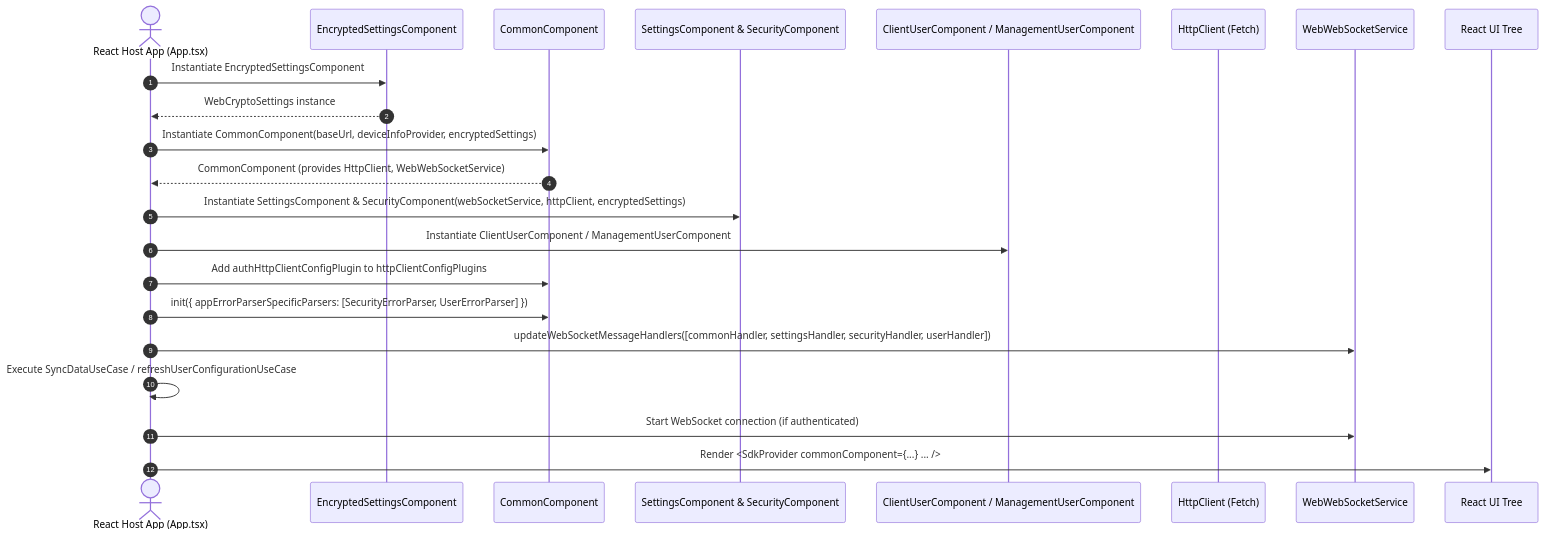
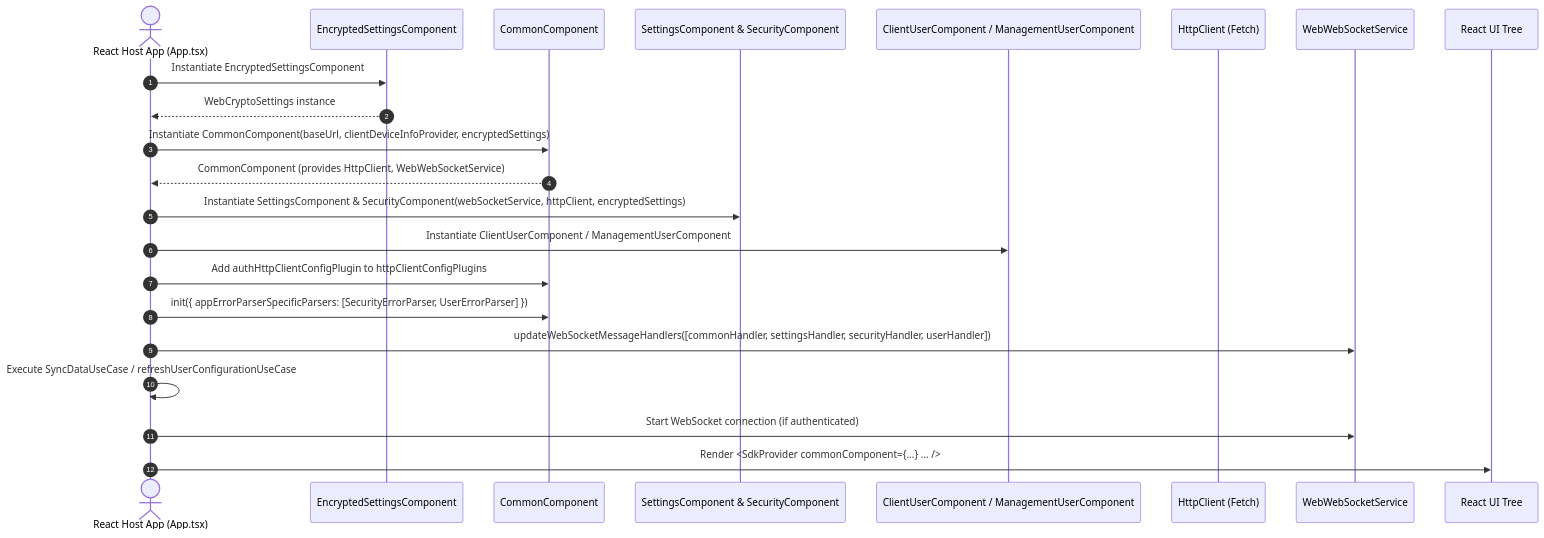
Before and after one commit to mudrichenkoevgeny/web-platform-sdk: the diagram in docs/architecture/flows/sdk_bootstrap.md, drawn with Mermaid. The commit also changed other lines of this file and 224 other files, not shown here.

````diff
--- a/docs/architecture/flows/sdk_bootstrap.md
+++ b/docs/architecture/flows/sdk_bootstrap.md
@@ -15,29 +15,29 @@
 ```mermaid
 sequenceDiagram
     autonumber
     actor Host as React Host App (App.tsx)
     participant EncStorage as EncryptedSettingsComponent
     participant CommonComp as CommonComponent
     participant CoreFeatures as SettingsComponent & SecurityComponent
     participant UserFeature as ClientUserComponent / ManagementUserComponent
     participant HTTP as HttpClient (Fetch)
     participant WS as WebWebSocketService
     participant UI as React UI Tree
 
     Host->>EncStorage: Instantiate EncryptedSettingsComponent
     EncStorage-->>Host: WebCryptoSettings instance
-    Host->>CommonComp: Instantiate CommonComponent(baseUrl, deviceInfoProvider, encryptedSettings)
+    Host->>CommonComp: Instantiate CommonComponent(baseUrl, clientDeviceInfoProvider, encryptedSettings)
     CommonComp-->>Host: CommonComponent (provides HttpClient, WebWebSocketService)
 
     Host->>CoreFeatures: Instantiate SettingsComponent & SecurityComponent(webSocketService, httpClient, encryptedSettings)
     Host->>UserFeature: Instantiate ClientUserComponent / ManagementUserComponent
 
     Host->>CommonComp: Add authHttpClientConfigPlugin to httpClientConfigPlugins
     Host->>CommonComp: init({ appErrorParserSpecificParsers: [SecurityErrorParser, UserErrorParser] })
     Host->>WS: updateWebSocketMessageHandlers([commonHandler, settingsHandler, securityHandler, userHandler])
 
     Host->>Host: Execute SyncDataUseCase / refreshUserConfigurationUseCase
     Host->>WS: Start WebSocket connection (if authenticated)
 
     Host->>UI: Render <SdkProvider commonComponent={...} ... />
 ```
````
